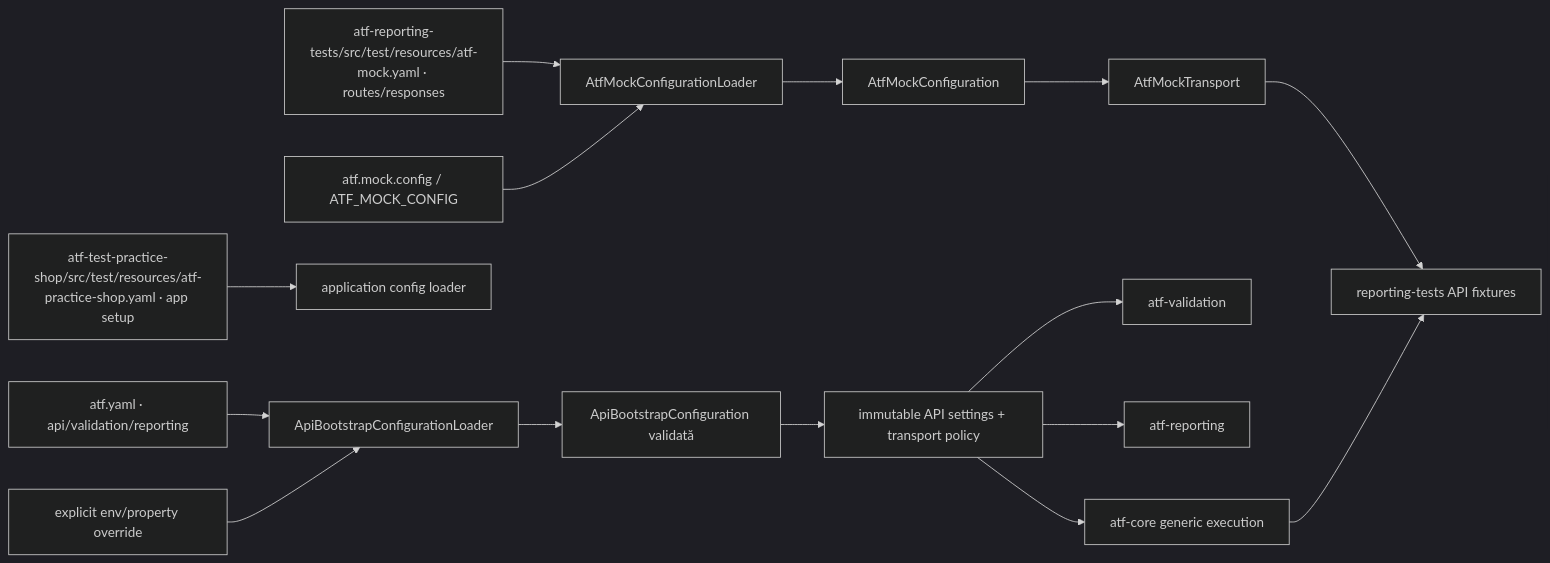
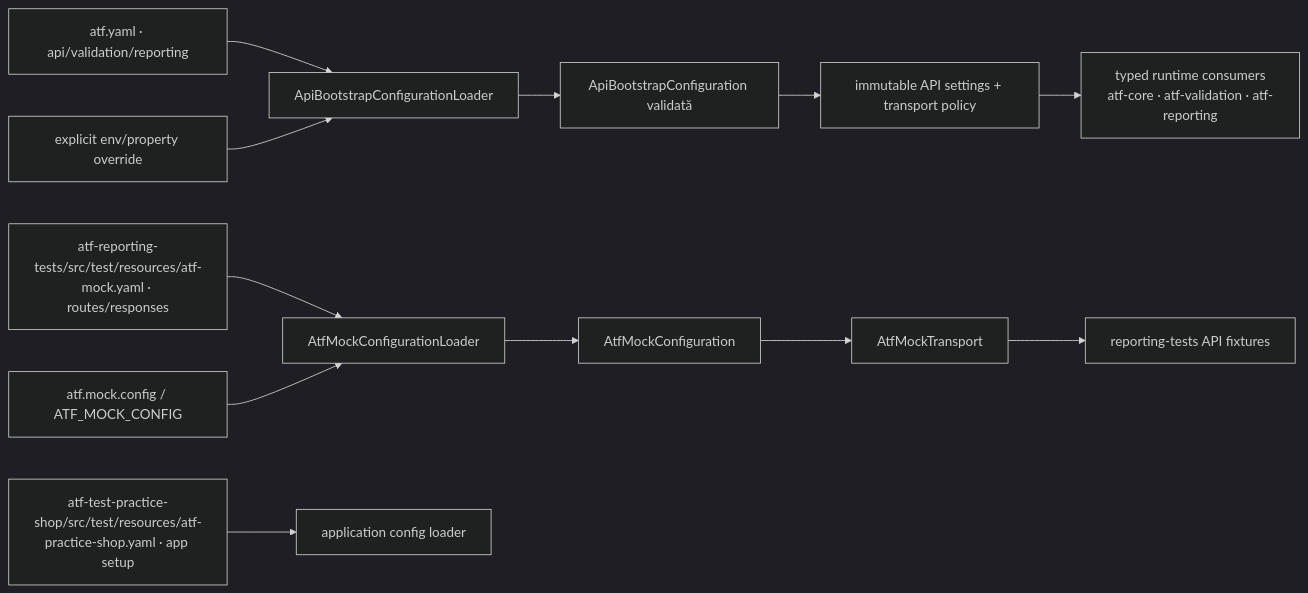
The seventh of 9 diagrams in docs/ATF_Architecture.md (crististefanita/demo2), drawn with Mermaid (dark theme) before and after one commit. The commit also changed other lines of this file and 107 other files, not shown here.

Commit message:
Refine Java ATF API reporting and Practice Shop

````diff
--- a/docs/ATF_Architecture.md
+++ b/docs/ATF_Architecture.md
@@ -505,17 +486,14 @@
 ```mermaid
 flowchart LR
     General[atf.yaml · api/validation/reporting] --> Loader[ApiBootstrapConfigurationLoader]
     MockYaml[atf-reporting-tests/src/test/resources/atf-mock.yaml · routes/responses] --> MockLoader[AtfMockConfigurationLoader]
     AppYaml[atf-test-practice-shop/src/test/resources/atf-practice-shop.yaml · app setup] --> AppLoader[application config loader]
     MockOverride[atf.mock.config / ATF_MOCK_CONFIG] --> MockLoader
     Env[explicit env/property override] --> Loader
     Loader --> Config[ApiBootstrapConfiguration validată]
     Config --> Snapshot[immutable API settings + transport policy]
-    Snapshot --> Core[atf-core generic execution]
-    Snapshot --> Validation[atf-validation]
-    Snapshot --> Reporting[atf-reporting]
+    Snapshot --> Runtime[typed runtime consumers<br/>atf-core · atf-validation · atf-reporting]
     MockLoader --> MockSnapshot[AtfMockConfiguration]
     MockSnapshot --> MockTransport[AtfMockTransport]
     MockTransport --> ReportingFixtures[reporting-tests API fixtures]
-    Core --> ReportingFixtures
 ```
````
